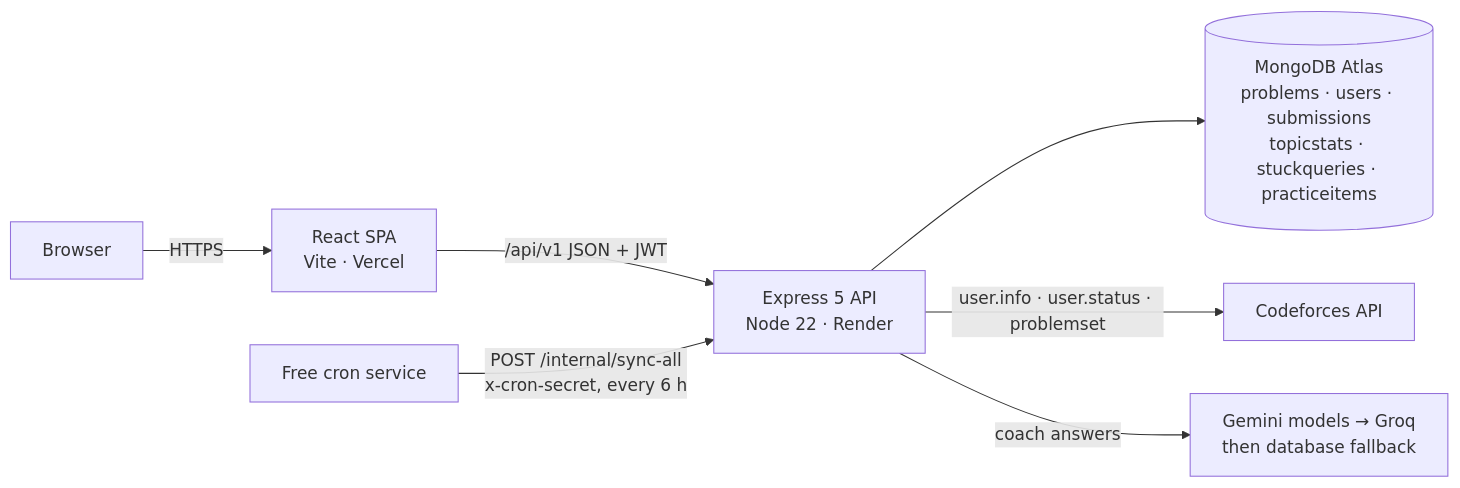
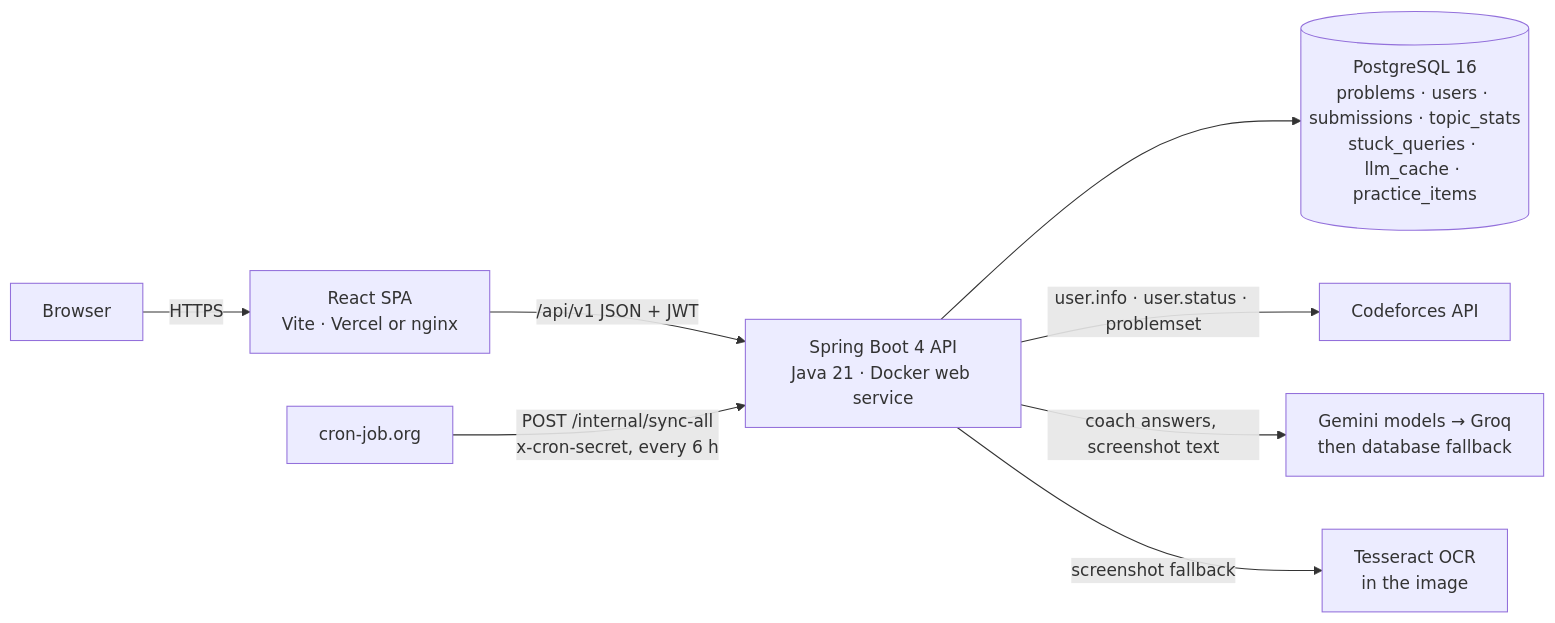
Before and after one commit to vasaniyashobhit/Algo_Learn: the first of 2 diagrams in README.md, drawn with Mermaid. The commit also changed other lines of this file and 78 other files, not shown here.

````diff
--- a/README.md
+++ b/README.md
@@ -17,9 +17,10 @@
 ```mermaid
 flowchart LR
-  U[Browser] -->|HTTPS| FE[React SPA<br/>Vite · Vercel]
-  FE -->|/api/v1 JSON + JWT| BE[Express 5 API<br/>Node 22 · Render]
-  BE --> DB[(MongoDB Atlas<br/>problems · users · submissions<br/>topicstats · stuckqueries · practiceitems)]
+  U[Browser] -->|HTTPS| FE[React SPA<br/>Vite · Vercel or nginx]
+  FE -->|/api/v1 JSON + JWT| BE[Spring Boot 4 API<br/>Java 21 · Docker web service]
+  BE --> DB[(PostgreSQL 16<br/>problems · users · submissions · topic_stats<br/>stuck_queries · llm_cache · practice_items)]
   BE -->|user.info · user.status · problemset| CF[Codeforces API]
-  BE -->|coach answers| AI[Gemini models → Groq<br/>then database fallback]
-  CRON[Free cron service] -->|POST /internal/sync-all<br/>x-cron-secret, every 6 h| BE
+  BE -->|coach answers, screenshot text| AI[Gemini models → Groq<br/>then database fallback]
+  BE -->|screenshot fallback| OCR[Tesseract OCR<br/>in the image]
+  CRON[cron-job.org] -->|POST /internal/sync-all<br/>x-cron-secret, every 6 h| BE
 ```
````
